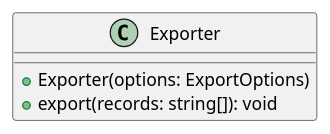
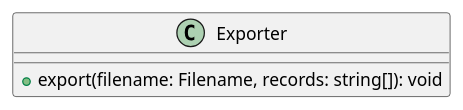
Before and after one commit to tohasan/car-number-voiceover: the first of 2 diagrams in src/common/exporter/exporter.puml, drawn with PlantUML. The commit also changed other lines of this file and 38 other files, not shown here.

```diff
--- a/src/common/exporter/exporter.puml
+++ b/src/common/exporter/exporter.puml
@@ -1,8 +1,7 @@
 @startuml
 
 class Exporter {
-    + Exporter(options: ExportOptions)
-    + export(records: string[]): void
+    + export(filename: Filename, records: string[]): void
 }
 
 @enduml
```
